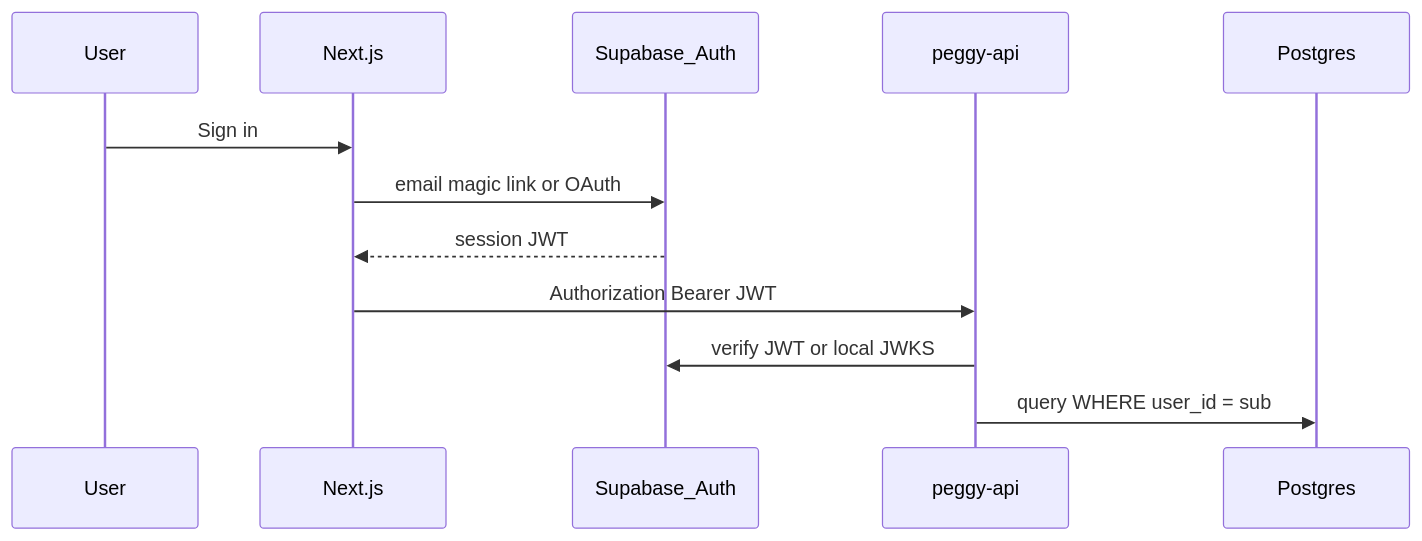
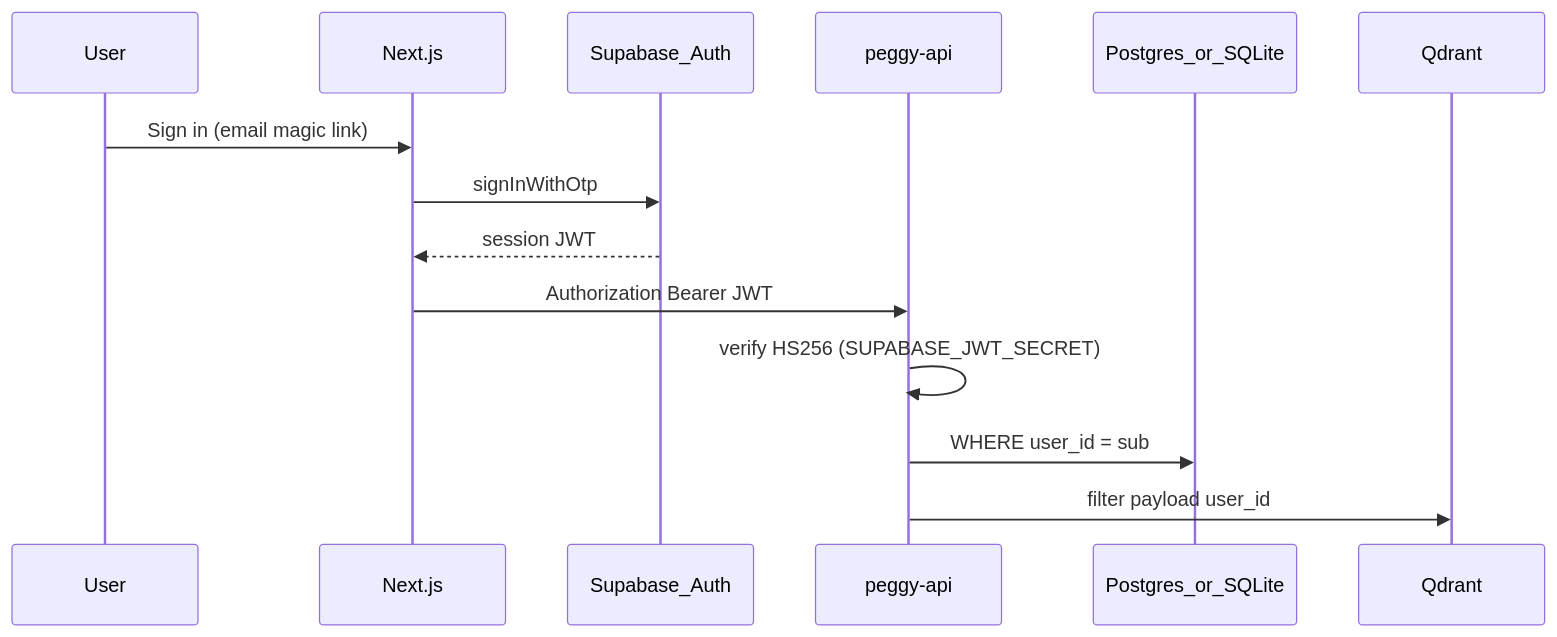
The diagram in docs/AUTH.md (CarlienRust/steve-peggy), drawn with Mermaid before and after one commit. The commit also changed other lines of this file and 63 other files, not shown here.

First line of the commit message:
Add Supabase auth, Postgres catalog, and Render deploy support.

````diff
--- a/docs/AUTH.md
+++ b/docs/AUTH.md
@@ -13,15 +7,17 @@
 ```mermaid
 sequenceDiagram
   participant User
   participant Next as Next.js
   participant Supa as Supabase_Auth
   participant API as peggy-api
-  participant DB as Postgres
+  participant DB as Postgres_or_SQLite
+  participant Qdrant as Qdrant
 
-  User->>Next: Sign in
-  Next->>Supa: email magic link or OAuth
+  User->>Next: Sign in (email magic link)
+  Next->>Supa: signInWithOtp
   Supa-->>Next: session JWT
   Next->>API: Authorization Bearer JWT
-  API->>Supa: verify JWT or local JWKS
-  API->>DB: query WHERE user_id = sub
+  API->>API: verify HS256 (SUPABASE_JWT_SECRET)
+  API->>DB: WHERE user_id = sub
+  API->>Qdrant: filter payload user_id
 ```
````
